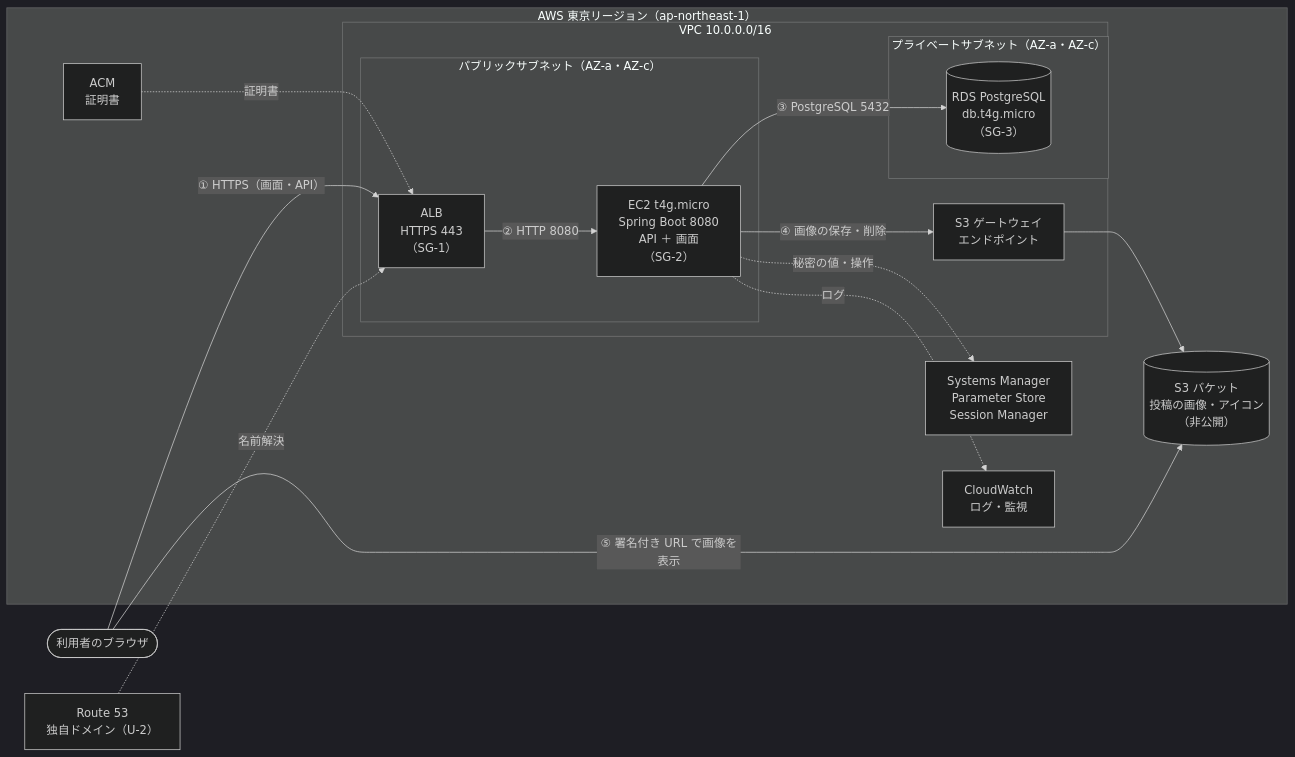
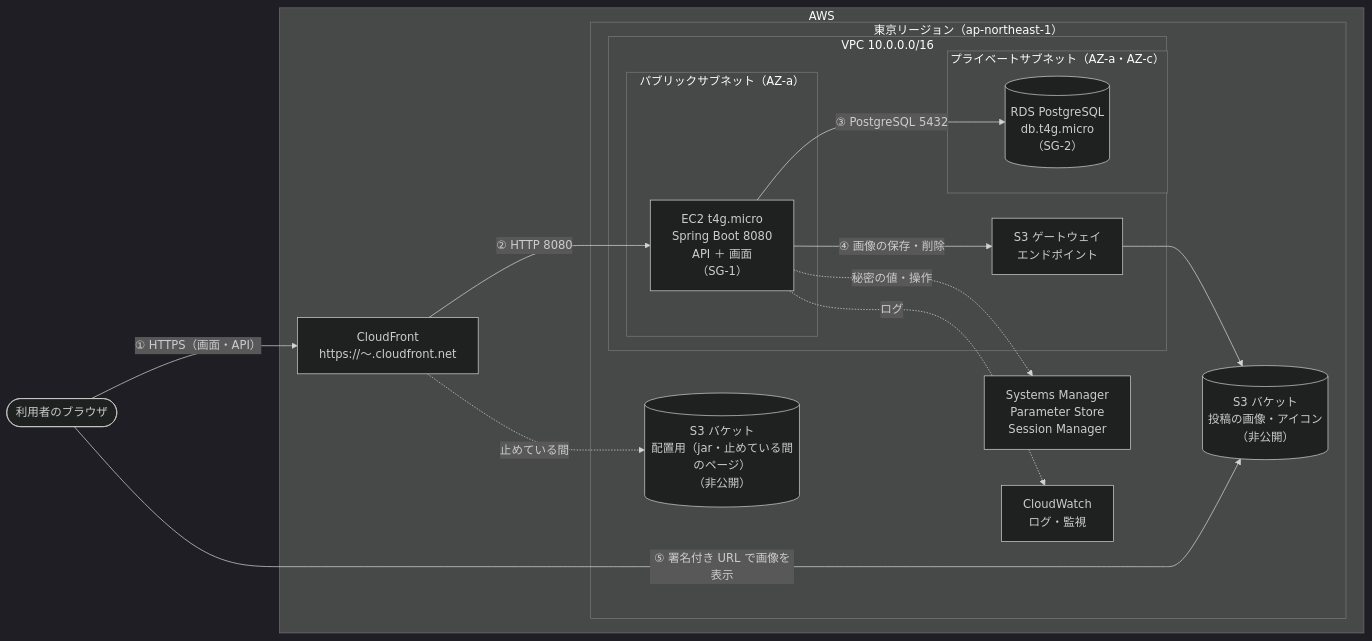
The first of 2 diagrams in docs/design/infra-design.md (y0408e0301-star/raise-timeline), drawn with Mermaid (dark theme) before and after one commit. The commit also changed other lines of this file and 8 other files, not shown here.

First line of the commit message:
公開の構成から ALB をなくし、CloudFront → EC2 にする (#40)

````diff
--- a/docs/design/infra-design.md
+++ b/docs/design/infra-design.md
@@ -43,32 +45,32 @@
 ```mermaid
 flowchart LR
     user(["利用者のブラウザ"])
-    dns["Route 53<br>独自ドメイン（U-2）"]
 
-    subgraph aws["AWS 東京リージョン（ap-northeast-1）"]
-        subgraph vpc["VPC 10.0.0.0/16"]
-            subgraph pub["パブリックサブネット（AZ-a・AZ-c）"]
-                alb["ALB<br>HTTPS 443<br>（SG-1）"]
-                ec2["EC2 t4g.micro<br>Spring Boot 8080<br>API ＋ 画面<br>（SG-2）"]
+    subgraph aws["AWS"]
+        cf["CloudFront<br>https://〜.cloudfront.net"]
+        subgraph tokyo["東京リージョン（ap-northeast-1）"]
+            subgraph vpc["VPC 10.0.0.0/16"]
+                subgraph pub["パブリックサブネット（AZ-a）"]
+                    ec2["EC2 t4g.micro<br>Spring Boot 8080<br>API ＋ 画面<br>（SG-1）"]
+                end
+                subgraph pri["プライベートサブネット（AZ-a・AZ-c）"]
+                    rds[("RDS PostgreSQL<br>db.t4g.micro<br>（SG-2）")]
+                end
+                s3ep["S3 ゲートウェイ<br>エンドポイント"]
             end
-            subgraph pri["プライベートサブネット（AZ-a・AZ-c）"]
-                rds[("RDS PostgreSQL<br>db.t4g.micro<br>（SG-3）")]
-            end
-            s3ep["S3 ゲートウェイ<br>エンドポイント"]
+            s3[("S3 バケット<br>投稿の画像・アイコン<br>（非公開）")]
+            deploy[("S3 バケット<br>配置用（jar・止めている間のページ）<br>（非公開）")]
+            ssm["Systems Manager<br>Parameter Store<br>Session Manager"]
+            cw["CloudWatch<br>ログ・監視"]
         end
-        s3[("S3 バケット<br>投稿の画像・アイコン<br>（非公開）")]
-        acm["ACM<br>証明書"]
-        ssm["Systems Manager<br>Parameter Store<br>Session Manager"]
-        cw["CloudWatch<br>ログ・監視"]
     end
 
-    user -- "① HTTPS（画面・API）" --> alb
-    dns -. "名前解決" .-> alb
-    acm -. "証明書" .-> alb
-    alb -- "② HTTP 8080" --> ec2
+    user -- "① HTTPS（画面・API）" --> cf
+    cf -- "② HTTP 8080" --> ec2
+    cf -. "止めている間" .-> deploy
     ec2 -- "③ PostgreSQL 5432" --> rds
     ec2 -- "④ 画像の保存・削除" --> s3ep --> s3
     user -- "⑤ 署名付き URL で画像を表示" --> s3
     ec2 -. "秘密の値・操作" .-> ssm
     ec2 -. "ログ" .-> cw
 ```
````
